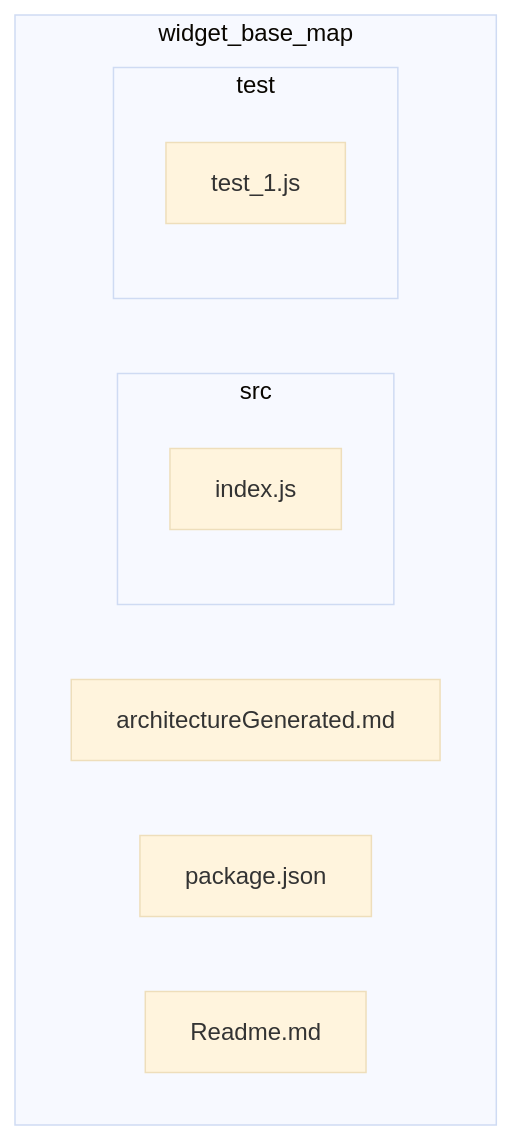
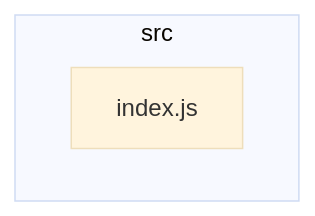
Before and after one commit to VCityTeam/UD-Viz: the diagram in packages/widget_base_map/architectureGenerated.md, drawn with Mermaid (base theme). The commit also changed 25 other files, not shown here.

Commit message:
update(doc):generate diagrams from *package*/src/

````diff
--- a/packages/widget_base_map/architectureGenerated.md
+++ b/packages/widget_base_map/architectureGenerated.md
@@ -1,14 +1,6 @@
 ```mermaid
 flowchart
- subgraph IDwidget5fbase5fmap["widget_base_map"]
-  IDwidget5fbase5fmapArchitectureGenerated2emd["architectureGenerated.md"]
-  IDwidget5fbase5fmapPackage2ejson["package.json"]
-  IDwidget5fbase5fmapReadme2emd["Readme.md"]
-  subgraph IDwidget5fbase5fmapSrc["src"]
-   IDwidget5fbase5fmapSrcIndex2ejs["index.js"]
-  end
-  subgraph IDwidget5fbase5fmapTest["test"]
-   IDwidget5fbase5fmapTestTest5f12ejs["test_1.js"]
-  end
+ subgraph IDsrc["src"]
+  IDsrcIndex2ejs["index.js"]
  end
 ```
````
